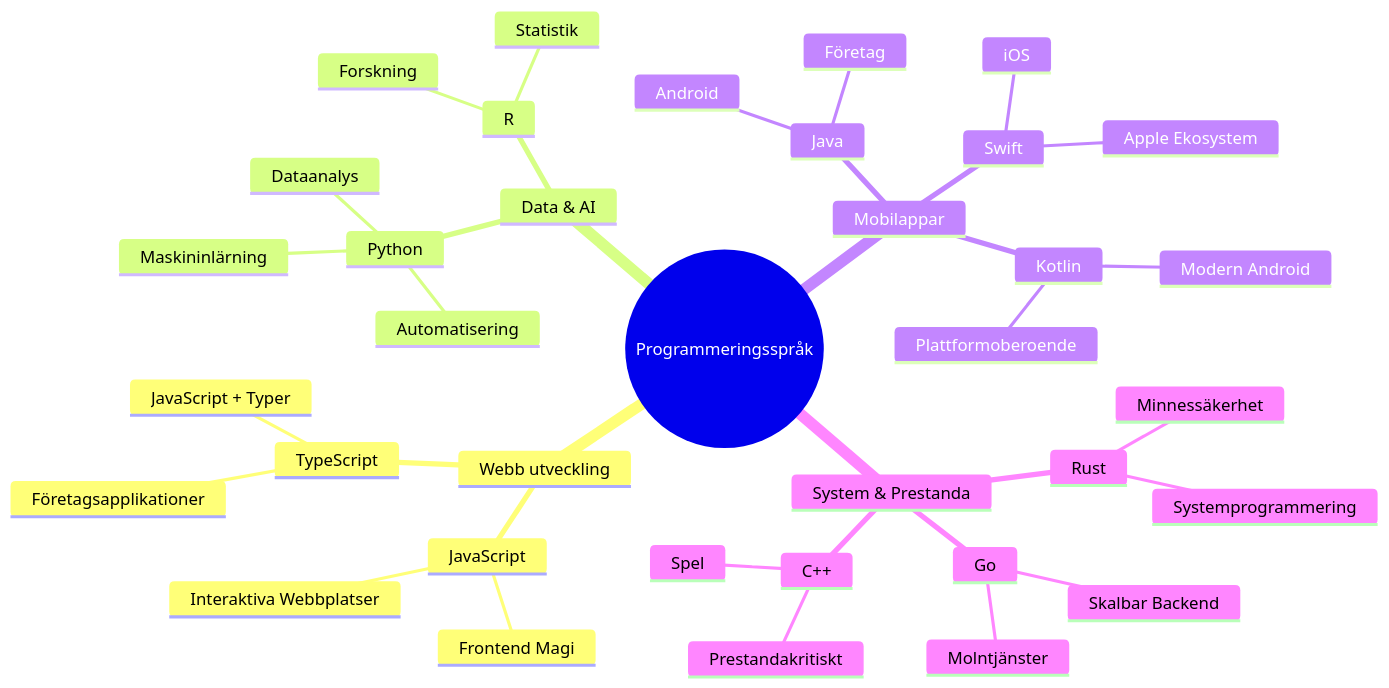
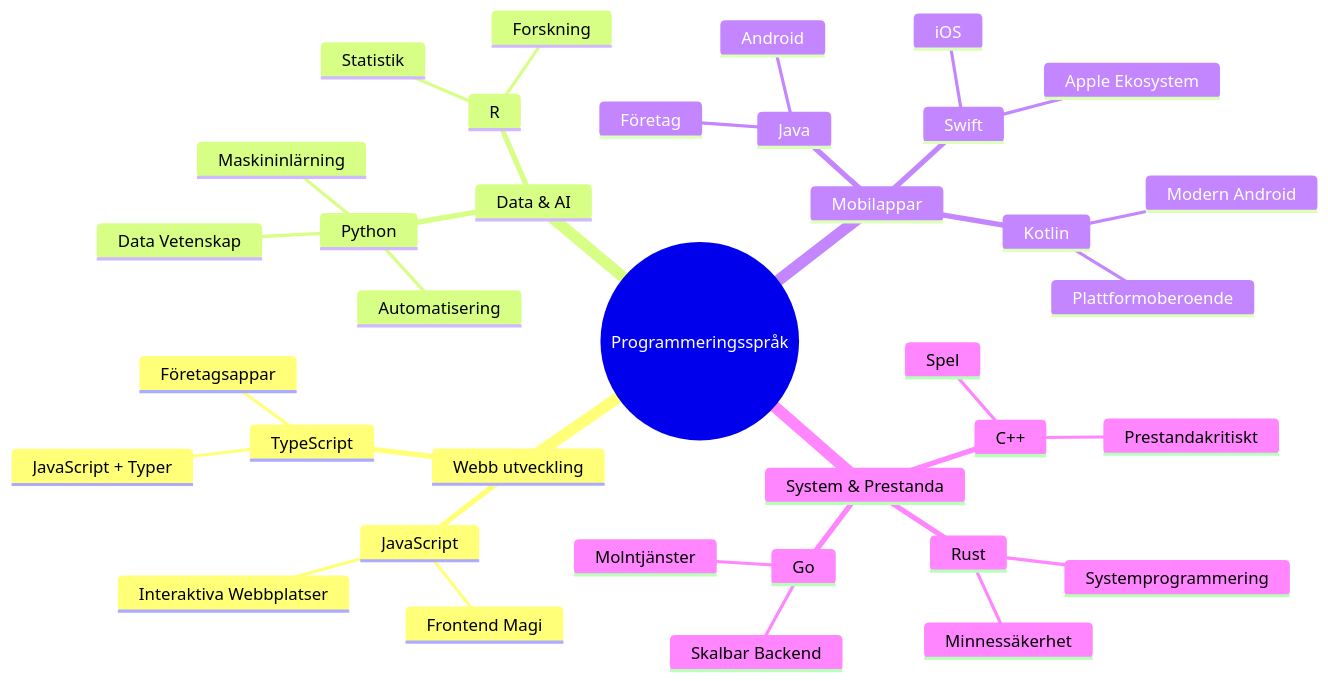
Before and after one commit to microsoft/Web-Dev-For-Beginners: the second of 7 diagrams in translations/sv/1-getting-started-lessons/1-intro-to-programming-languages/README.md, drawn with Mermaid. The commit also changed other lines of this file and 8 other files, not shown here.

````diff
--- a/translations/sv/1-getting-started-lessons/1-intro-to-programming-languages/README.md
+++ b/translations/sv/1-getting-started-lessons/1-intro-to-programming-languages/README.md
@@ -85,39 +85,39 @@
 ```mermaid
 mindmap
   root((Programmeringsspråk))
     Webb utveckling
       JavaScript
         Frontend Magi
         Interaktiva Webbplatser
       TypeScript
         JavaScript + Typer
-        Företagsapplikationer
+        Företagsappar
     Data & AI
       Python
-        Dataanalys
+        Data Vetenskap
         Maskininlärning
         Automatisering
       R
         Statistik
         Forskning
     Mobilappar
       Java
         Android
         Företag
       Swift
         iOS
         Apple Ekosystem
       Kotlin
         Modern Android
         Plattformoberoende
     System & Prestanda
       C++
         Spel
         Prestandakritiskt
       Rust
         Minnessäkerhet
         Systemprogrammering
       Go
         Molntjänster
         Skalbar Backend
 ```
````
